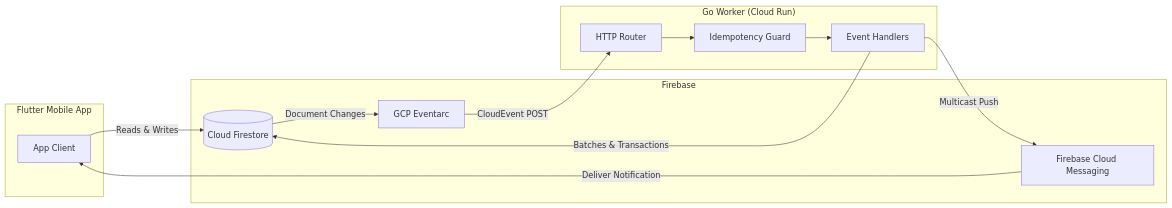
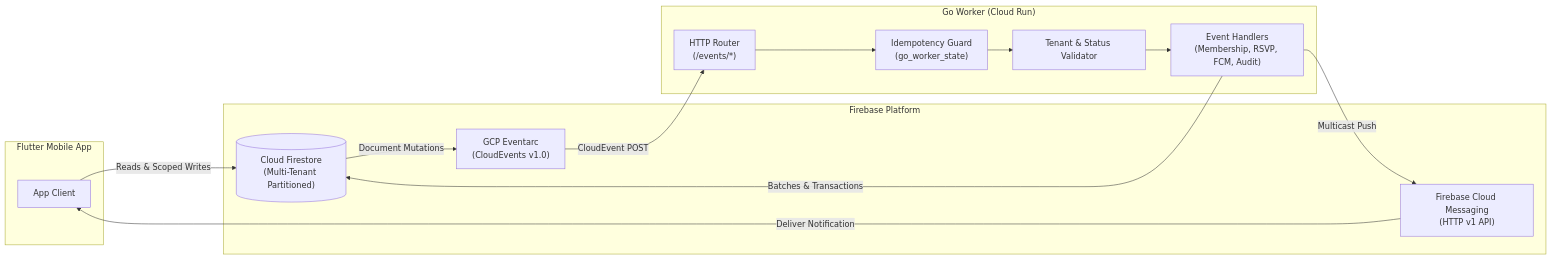
Before and after one commit to vkshdev/klubconnect: the first of 4 diagrams in BACKEND_DESIGN.md, drawn with Mermaid. The commit also changed other lines of this file and 1 other file, not shown here.

Commit message:
Update architecture and backend design documentation to reflect multi-tenant features and account status validation

````diff
--- a/BACKEND_DESIGN.md
+++ b/BACKEND_DESIGN.md
@@ -20,27 +22,29 @@
 ```mermaid
 flowchart LR
     subgraph Client["Flutter Mobile App"]
         App["App Client"]
     end
 
-    subgraph Firebase["Firebase"]
-        Firestore[("Cloud Firestore")]
-        Eventarc["GCP Eventarc"]
-        FCM["Firebase Cloud Messaging"]
+    subgraph Firebase["Firebase Platform"]
+        Firestore[("Cloud Firestore\n(Multi-Tenant Partitioned)")]
+        Eventarc["GCP Eventarc\n(CloudEvents v1.0)"]
+        FCM["Firebase Cloud Messaging\n(HTTP v1 API)"]
     end
 
     subgraph Backend["Go Worker (Cloud Run)"]
-        Router["HTTP Router"]
-        Idempotency["Idempotency Guard"]
-        Worker["Event Handlers"]
+        Router["HTTP Router\n(/events/*)"]
+        Idempotency["Idempotency Guard\n(go_worker_state)"]
+        TenantCheck["Tenant & Status Validator"]
+        Worker["Event Handlers\n(Membership, RSVP, FCM, Audit)"]
     end
 
-    App -->|Reads & Writes| Firestore
-    Firestore -->|Document Changes| Eventarc
+    App -->|Reads & Scoped Writes| Firestore
+    Firestore -->|Document Mutations| Eventarc
     Eventarc -->|CloudEvent POST| Router
     Router --> Idempotency
-    Idempotency --> Worker
+    Idempotency --> TenantCheck
+    TenantCheck --> Worker
     Worker -->|Batches & Transactions| Firestore
     Worker -->|Multicast Push| FCM
     FCM -->|Deliver Notification| App
 ```
````
